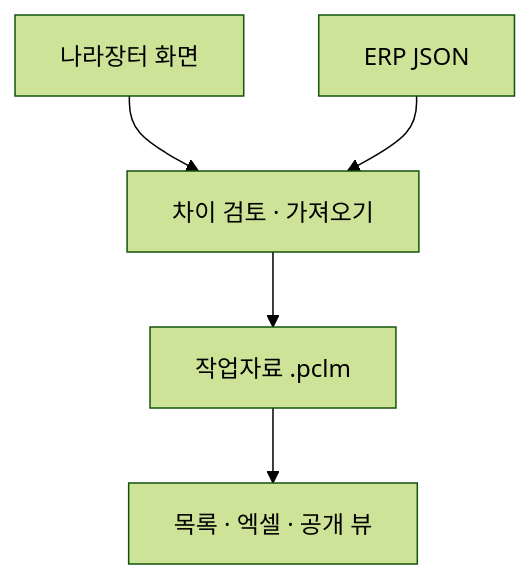
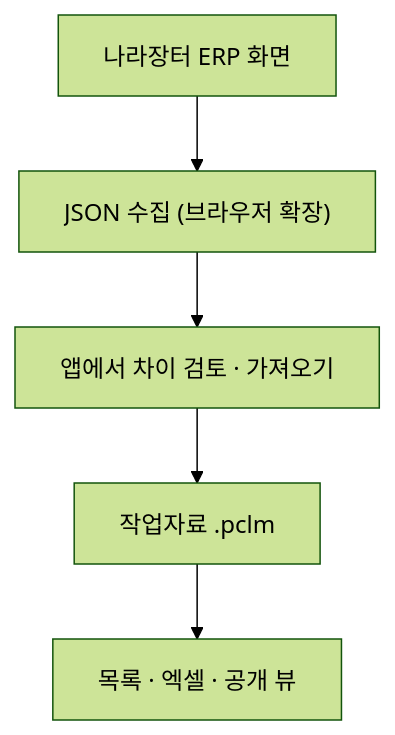
One commit to rfastball/contract-list-manager changed the diagram in README.md. Above: the diagram before and after it, drawn with Mermaid (forest theme). The commit also changed other lines of this file, not shown here.

Commit message:
docs: 나라장터 화면에서 JSON을 수집하는 흐름으로 정정

````diff
--- a/README.md
+++ b/README.md
@@ -11,7 +11,7 @@
 ```mermaid
 flowchart TD
-    A[나라장터 화면] --> C[차이 검토 · 가져오기]
-    B[ERP JSON] --> C
+    A[나라장터 ERP 화면] --> B["JSON 수집 (브라우저 확장)"]
+    B --> C[앱에서 차이 검토 · 가져오기]
     C --> D[작업자료 .pclm]
     D --> E[목록 · 엑셀 · 공개 뷰]
 ```
````
